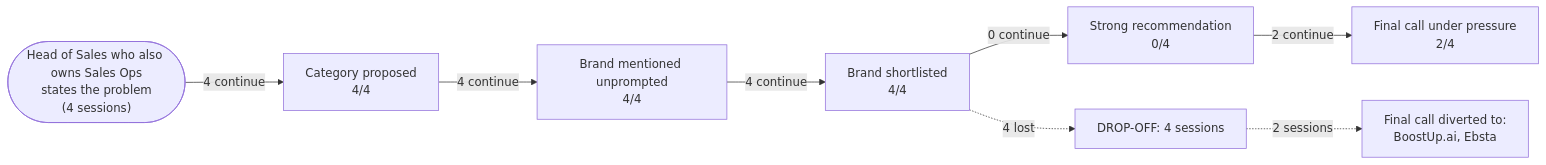
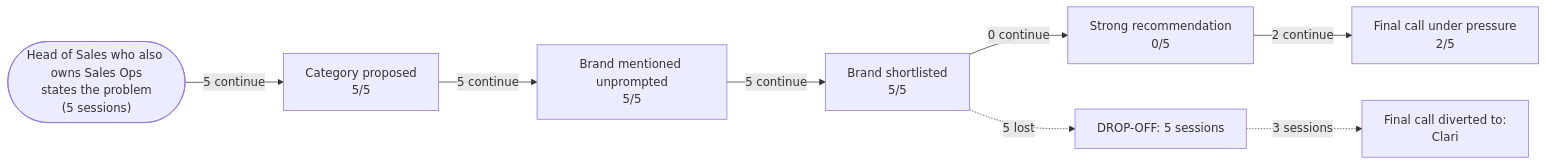
Before and after one commit to d-walia/marketing-agents: the diagram in sample-report.md, drawn with Mermaid. The commit also changed other lines of this file and 3 other files, not shown here.

````diff
--- a/sample-report.md
+++ b/sample-report.md
@@ -23,18 +23,18 @@
 ```mermaid
 flowchart LR
-    S0(["Head of Sales who also owns Sales Ops<br/>states the problem<br/>(4 sessions)"])
-    S1["Category proposed<br/>4/4"]
-    S0 -->|"4 continue"| S1
-    S2["Brand mentioned unprompted<br/>4/4"]
-    S1 -->|"4 continue"| S2
-    S3["Brand shortlisted<br/>4/4"]
-    S2 -->|"4 continue"| S3
-    S4["Strong recommendation<br/>0/4"]
+    S0(["Head of Sales who also owns Sales Ops<br/>states the problem<br/>(5 sessions)"])
+    S1["Category proposed<br/>5/5"]
+    S0 -->|"5 continue"| S1
+    S2["Brand mentioned unprompted<br/>5/5"]
+    S1 -->|"5 continue"| S2
+    S3["Brand shortlisted<br/>5/5"]
+    S2 -->|"5 continue"| S3
+    S4["Strong recommendation<br/>0/5"]
     S3 -->|"0 continue"| S4
-    D4["DROP-OFF: 4 sessions"]
-    S3 -.->|"4 lost"| D4
-    S5["Final call under pressure<br/>2/4"]
+    D4["DROP-OFF: 5 sessions"]
+    S3 -.->|"5 lost"| D4
+    S5["Final call under pressure<br/>2/5"]
     S4 -->|"2 continue"| S5
-    W["Final call diverted to:<br/>BoostUp.ai, Ebsta"]
-    D4 -.->|"2 sessions"| W
+    W["Final call diverted to:<br/>Clari"]
+    D4 -.->|"3 sessions"| W
 ```
````
